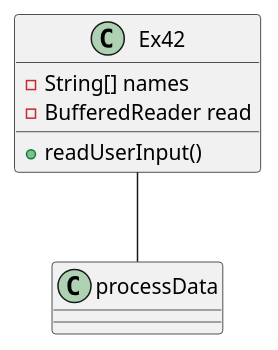
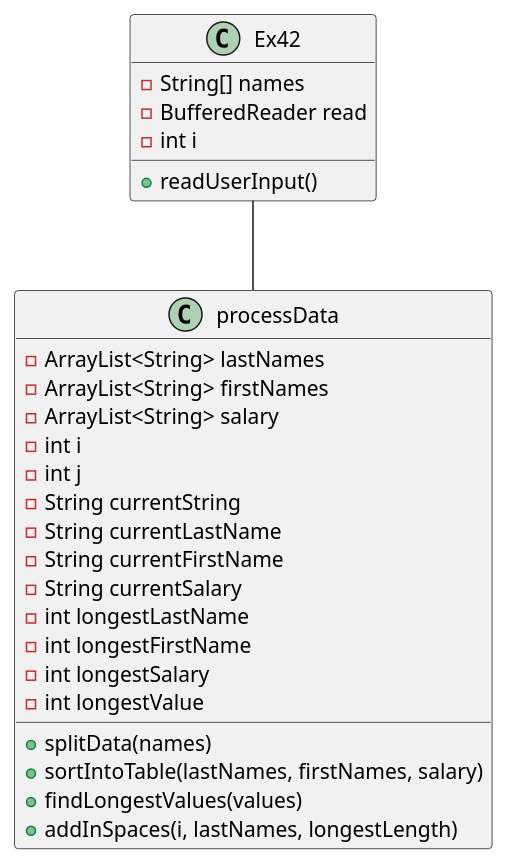
Before and after one commit to Kmullens1/mullens-cop3330-assignment3: the diagram in src/main/java/oop/example/Ex42/Ex42_UML.puml, drawn with PlantUML. The commit also changed 2 other files, not shown here.

Commit message:
Ex42 Complete UML Updated - Still needs Testcases and updated pseudocode

```diff
--- a/src/main/java/oop/example/Ex42/Ex42_UML.puml
+++ b/src/main/java/oop/example/Ex42/Ex42_UML.puml
@@ -1,21 +1,35 @@
 @startuml
 'https://plantuml.com/sequence-diagram
 
 class Ex42{
-    'Read in the data
-    'Call processData class
-    'print array
     -String[] names
     -BufferedReader read
+    -int i
+
     +readUserInput()
 }
 
 class processData{
-    'Split each line at the commas
-    'Save each line into an array
-    'return array
+    -ArrayList<String> lastNames
+    -ArrayList<String> firstNames
+    -ArrayList<String> salary
+    -int i
+    -int j
+    -String currentString
+    -String currentLastName
+    -String currentFirstName
+    -String currentSalary
+    -int longestLastName
+    -int longestFirstName
+    -int longestSalary
+    -int longestValue
+
+    +splitData(names)
+    +sortIntoTable(lastNames, firstNames, salary)
+    +findLongestValues(values)
+    +addInSpaces(i, lastNames, longestLength)
 }
 
 Ex42 -- processData
 
 @enduml
```
